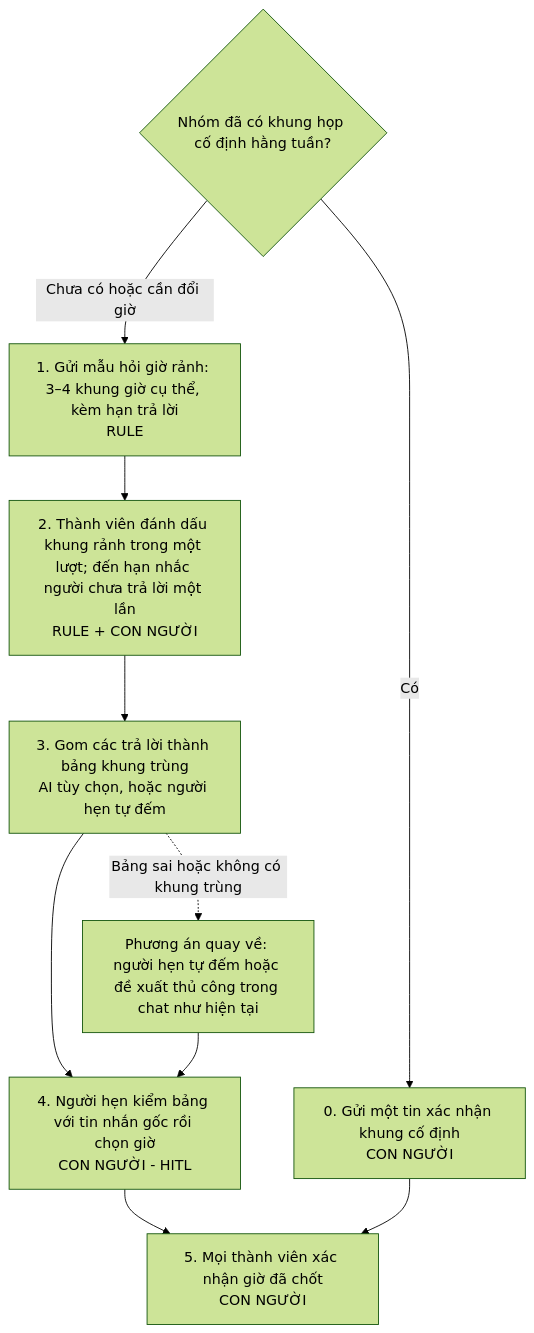
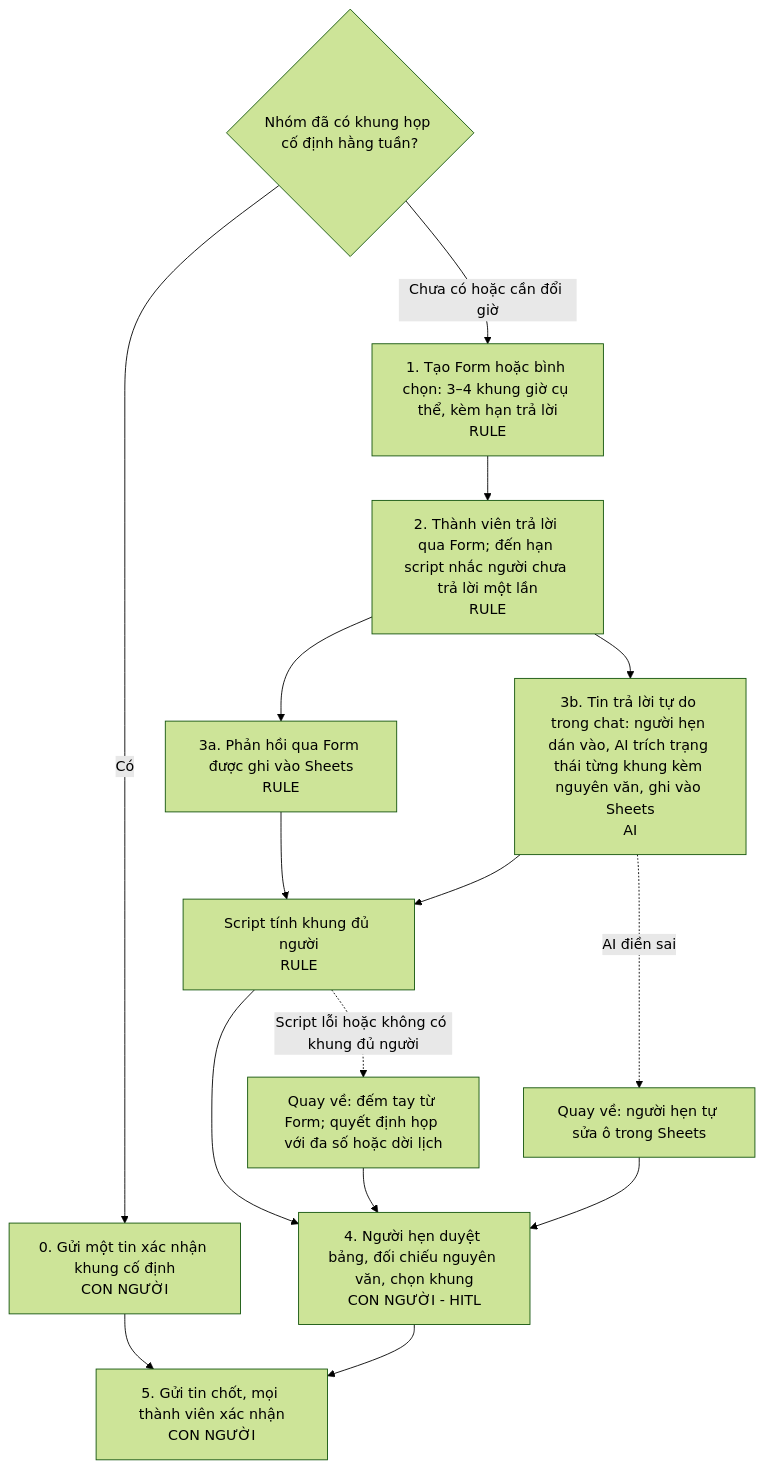
Before and after one commit to duyhale95/K5-L3B-DAY02-UIT-DiscoveryProblemFraming: the diagram in report/assets/cp5-workflow-future.mmd, drawn with Mermaid (forest theme). The commit also changed 2 other files, not shown here.

```diff
--- a/report/assets/cp5-workflow-future.mmd
+++ b/report/assets/cp5-workflow-future.mmd
@@ -1,11 +1,16 @@
 flowchart TD
   F0{"Nhóm đã có khung họp cố định hằng tuần?"}
   F0 -->|"Có"| F6["0. Gửi một tin xác nhận khung cố định<br/>CON NGƯỜI"]
-  F0 -->|"Chưa có hoặc cần đổi giờ"| F1["1. Gửi mẫu hỏi giờ rảnh: 3–4 khung giờ cụ thể, kèm hạn trả lời<br/>RULE"]
-  F1 --> F2["2. Thành viên đánh dấu khung rảnh trong một lượt; đến hạn nhắc người chưa trả lời một lần<br/>RULE + CON NGƯỜI"]
-  F2 --> F3["3. Gom các trả lời thành bảng khung trùng<br/>AI tùy chọn, hoặc người hẹn tự đếm"]
-  F3 --> F4["4. Người hẹn kiểm bảng với tin nhắn gốc rồi chọn giờ<br/>CON NGƯỜI - HITL"]
-  F4 --> F5["5. Mọi thành viên xác nhận giờ đã chốt<br/>CON NGƯỜI"]
+  F0 -->|"Chưa có hoặc cần đổi giờ"| F1["1. Tạo Form hoặc bình chọn: 3–4 khung giờ cụ thể, kèm hạn trả lời<br/>RULE"]
+  F1 --> F2["2. Thành viên trả lời qua Form; đến hạn script nhắc người chưa trả lời một lần<br/>RULE"]
+  F2 --> F3a["3a. Phản hồi qua Form được ghi vào Sheets<br/>RULE"]
+  F2 --> F3b["3b. Tin trả lời tự do trong chat: người hẹn dán vào, AI trích trạng thái từng khung kèm nguyên văn, ghi vào Sheets<br/>AI"]
+  F3a --> F3c["Script tính khung đủ người<br/>RULE"]
+  F3b --> F3c
+  F3c --> F4["4. Người hẹn duyệt bảng, đối chiếu nguyên văn, chọn khung<br/>CON NGƯỜI - HITL"]
+  F4 --> F5["5. Gửi tin chốt, mọi thành viên xác nhận<br/>CON NGƯỜI"]
   F6 --> F5
-  F3 -.->|"Bảng sai hoặc không có khung trùng"| R["Phương án quay về: người hẹn tự đếm hoặc đề xuất thủ công trong chat như hiện tại"]
-  R --> F4
+  F3b -.->|"AI điền sai"| R1["Quay về: người hẹn tự sửa ô trong Sheets"]
+  F3c -.->|"Script lỗi hoặc không có khung đủ người"| R2["Quay về: đếm tay từ Form; quyết định họp với đa số hoặc dời lịch"]
+  R1 --> F4
+  R2 --> F4
```
